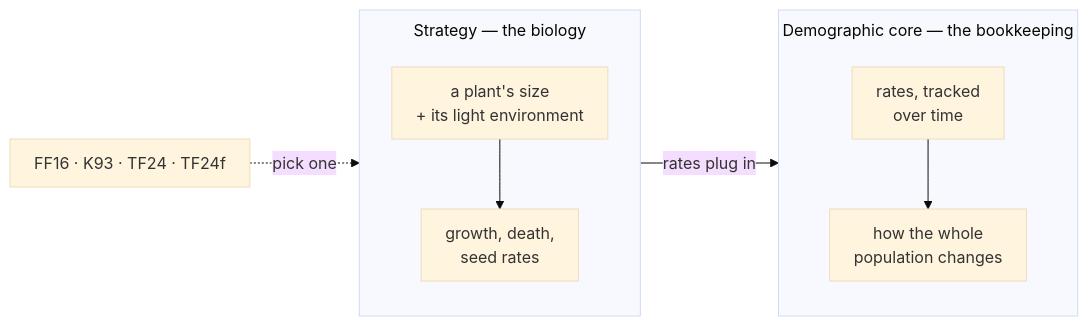
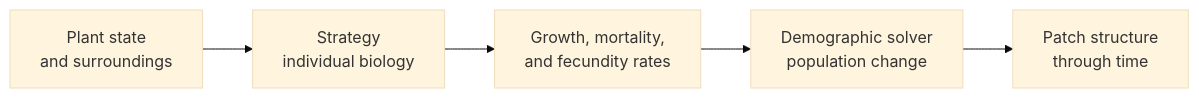
The first of 4 diagrams in theory/overview.qmd (traitecoevo/overstorey), drawn with Mermaid (base theme) before and after one commit. The commit also changed other lines of this file and 123 other files, not shown here.

First line of the commit message:
Integrate staged content: TF24 guides, patch init, scientific versioning (#32)

````diff
--- a/theory/overview.qmd
+++ b/theory/overview.qmd
@@ -96,14 +49,9 @@
 ```{mermaid}
-%%{init: {"flowchart": {"subGraphTitleMargin": {"top": 8, "bottom": 14}, "padding": 12, "nodeSpacing": 45, "rankSpacing": 45}}}%%
 flowchart LR
-  subgraph S["Strategy — the biology"]
-    direction TB
-    s1["a plant's size<br/>+ its light environment"] --> s2["growth, death,<br/>seed rates"]
-  end
-  subgraph D["Demographic core — the bookkeeping"]
-    direction TB
-    d1["rates, tracked<br/>over time"] --> d2["how the whole<br/>population changes"]
-  end
-  S -->|"rates plug in"| D
-  models["FF16 · K93 · TF24 · TF24f"] -.->|"pick one"| S
+accTitle: Biology and population dynamics in plant
+accDescr: A strategy converts plant state and surroundings into demographic rates. The demographic solver applies those rates to the population through time.
+  A["Plant state<br/>and surroundings"] --> B["Strategy<br/>individual biology"]
+  B --> C["Growth, mortality,<br/>and fecundity rates"]
+  C --> D["Demographic solver<br/>population change"]
+  D --> E["Patch structure<br/>through time"]
 ```
````
